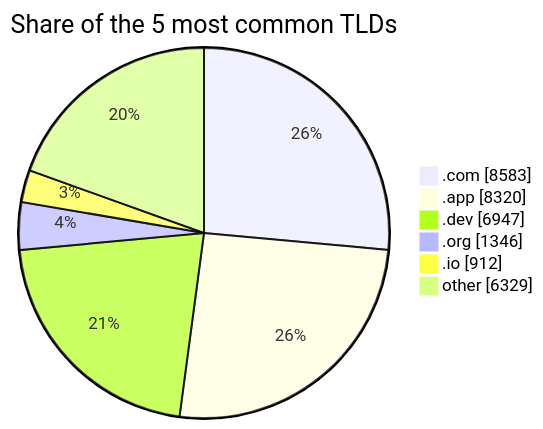
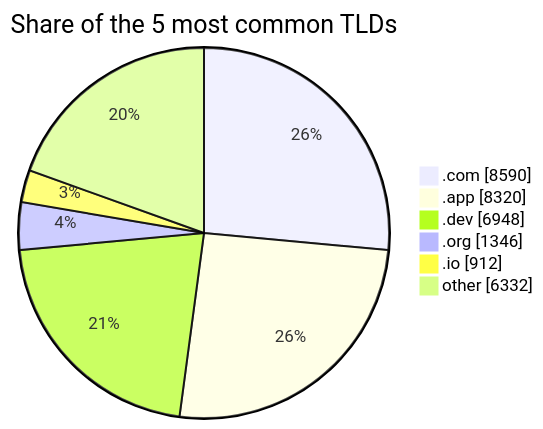
The second of 2 diagrams in README.md (DNSBunker/CTI), drawn with Mermaid before and after one commit. The commit also changed other lines of this file and 3 other files, not shown here.

````diff
--- a/README.md
+++ b/README.md
@@ -72,9 +72,9 @@
 ```mermaid
 pie showData title Share of the 5 most common TLDs
-    ".com" : 8583
+    ".com" : 8590
     ".app" : 8320
-    ".dev" : 6947
+    ".dev" : 6948
     ".org" : 1346
     ".io" : 912
-    "other" : 6329
+    "other" : 6332
 ```
````
